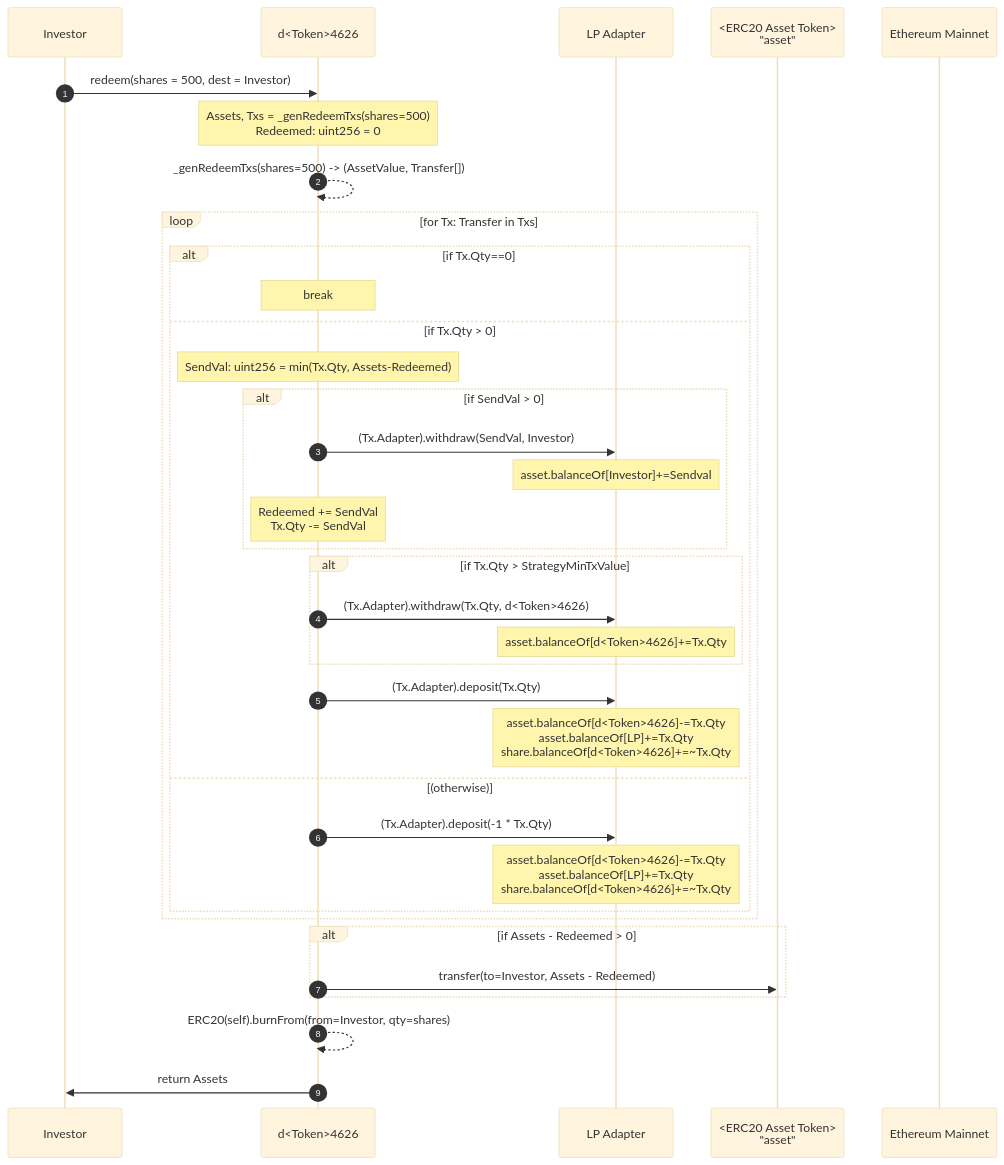
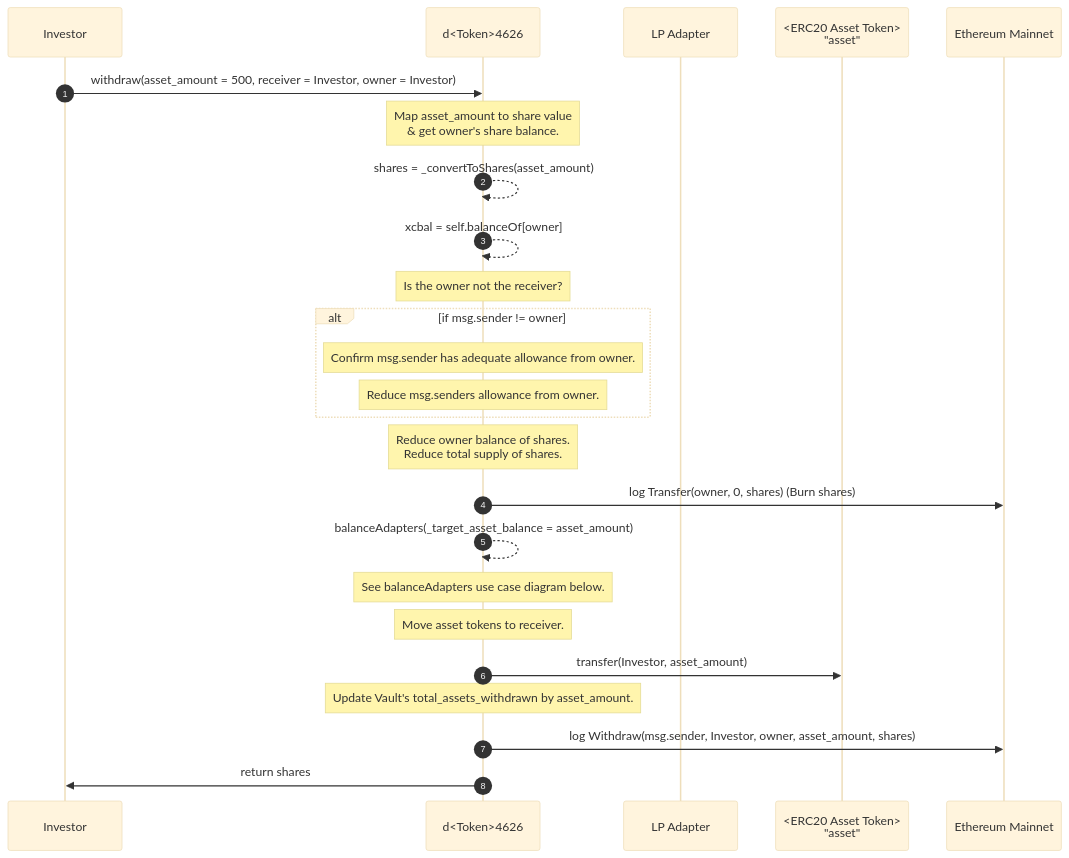
The second of 3 diagrams in docs/Dynamo4626.md (DynamoFinance/vault), drawn with Mermaid (base theme) before and after one commit. The commit also changed other lines of this file, not shown here.

Commit message:
Review sequence diagram to show withdraw rather than redeem details.

````diff
--- a/docs/Dynamo4626.md
+++ b/docs/Dynamo4626.md
@@ -113,44 +114,40 @@
 ```mermaid
 sequenceDiagram
     participant u as Investor
     participant a4626 as d<Token>4626
     participant lpa as LP Adapter
     participant asset as <ERC20 Asset Token><br>"asset"
     #participant lp as LP
     #participant share as <ERC20 LP Share>
     participant eth as Ethereum Mainnet
   
     autonumber
-    u->>a4626:redeem(shares = 500, dest = Investor)
-    note over a4626: Assets, Txs = _genRedeemTxs(shares=500)<br>Redeemed: uint256 = 0
-    a4626-->>a4626: _genRedeemTxs(shares=500) -> (AssetValue, Transfer[])
-    loop for Tx: Transfer in Txs
-       alt if Tx.Qty==0
-           note over a4626: break
-       else if Tx.Qty > 0
-           note over a4626: SendVal: uint256 = min(Tx.Qty, Assets-Redeemed)
-           alt if SendVal > 0
-               a4626->>lpa: (Tx.Adapter).withdraw(SendVal, Investor)
-               note over lpa: asset.balanceOf[Investor]+=Sendval
-               note over a4626: Redeemed += SendVal<br>Tx.Qty -= SendVal
-           end
-           alt if Tx.Qty > StrategyMinTxValue
-               a4626->>lpa: (Tx.Adapter).withdraw(Tx.Qty, d<Token>4626)
-               note over lpa: asset.balanceOf[d<Token>4626]+=Tx.Qty
-           end
-           a4626->>lpa: (Tx.Adapter).deposit(Tx.Qty)
-           note over lpa: asset.balanceOf[d<Token>4626]-=Tx.Qty<br>asset.balanceOf[LP]+=Tx.Qty<br>share.balanceOf[d<Token>4626]+=~Tx.Qty
-       else (otherwise)
-           a4626->>lpa: (Tx.Adapter).deposit(-1 * Tx.Qty)
-            note over lpa: asset.balanceOf[d<Token>4626]-=Tx.Qty<br>asset.balanceOf[LP]+=Tx.Qty<br>share.balanceOf[d<Token>4626]+=~Tx.Qty
-       end    
+    u->>a4626:withdraw(asset_amount = 500, receiver = Investor, owner = Investor)
+
+    Note over a4626: Map asset_amount to share value<br>& get owner's share balance.
+
+    a4626-->>a4626: shares = _convertToShares(asset_amount)
+    a4626-->>a4626: xcbal = self.balanceOf[owner]
+
+    Note over a4626: Is the owner not the receiver?
+    alt if msg.sender != owner
+        Note over a4626: Confirm msg.sender has adequate allowance from owner.
+        Note over a4626: Reduce msg.senders allowance from owner.
     end
-  
-    alt if Assets - Redeemed > 0
-        a4626->>asset: transfer(to=Investor, Assets - Redeemed)
-    end
-  
-    a4626-->>a4626: ERC20(self).burnFrom(from=Investor, qty=shares)
-   
-   a4626->>u: return Assets
+
+    Note over a4626: Reduce owner balance of shares.<br>Reduce total supply of shares.
+
+    a4626->>eth: log Transfer(owner, 0, shares) (Burn shares)
+
+    a4626-->>a4626: balanceAdapters(_target_asset_balance = asset_amount)
+    Note over a4626: See balanceAdapters use case diagram below.
+
+    Note over a4626: Move asset tokens to receiver.
+    a4626->>asset: transfer(Investor, asset_amount)
+
+    Note over a4626: Update Vault's total_assets_withdrawn by asset_amount.
+
+    a4626->>eth: log Withdraw(msg.sender, Investor, owner, asset_amount, shares)
+
+    a4626->>u: return shares
 ```
````
